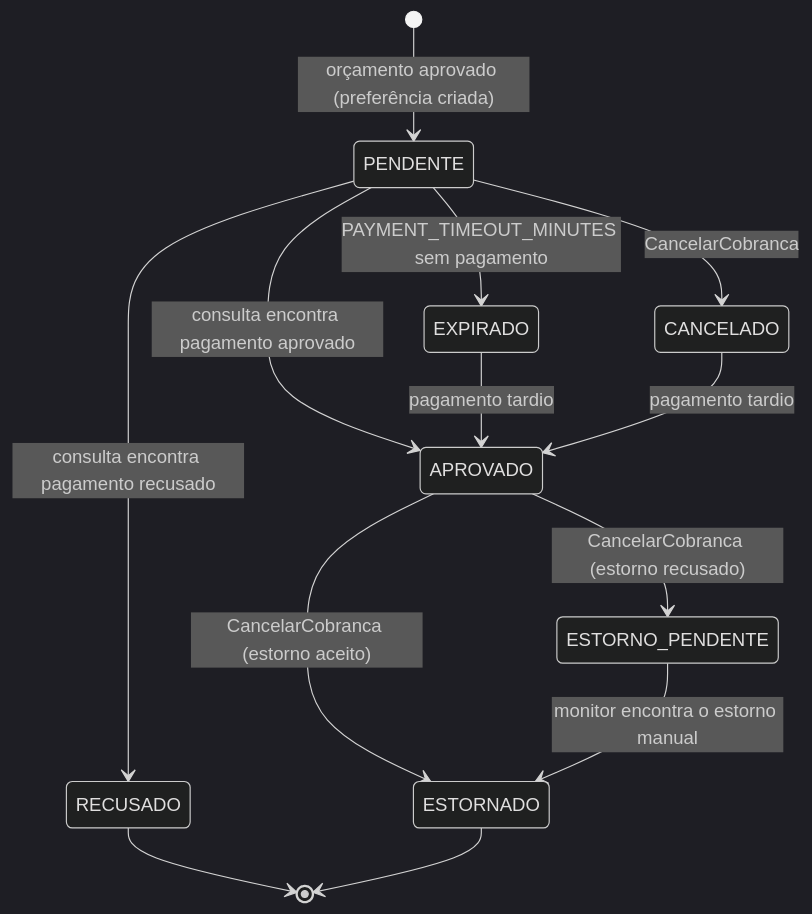
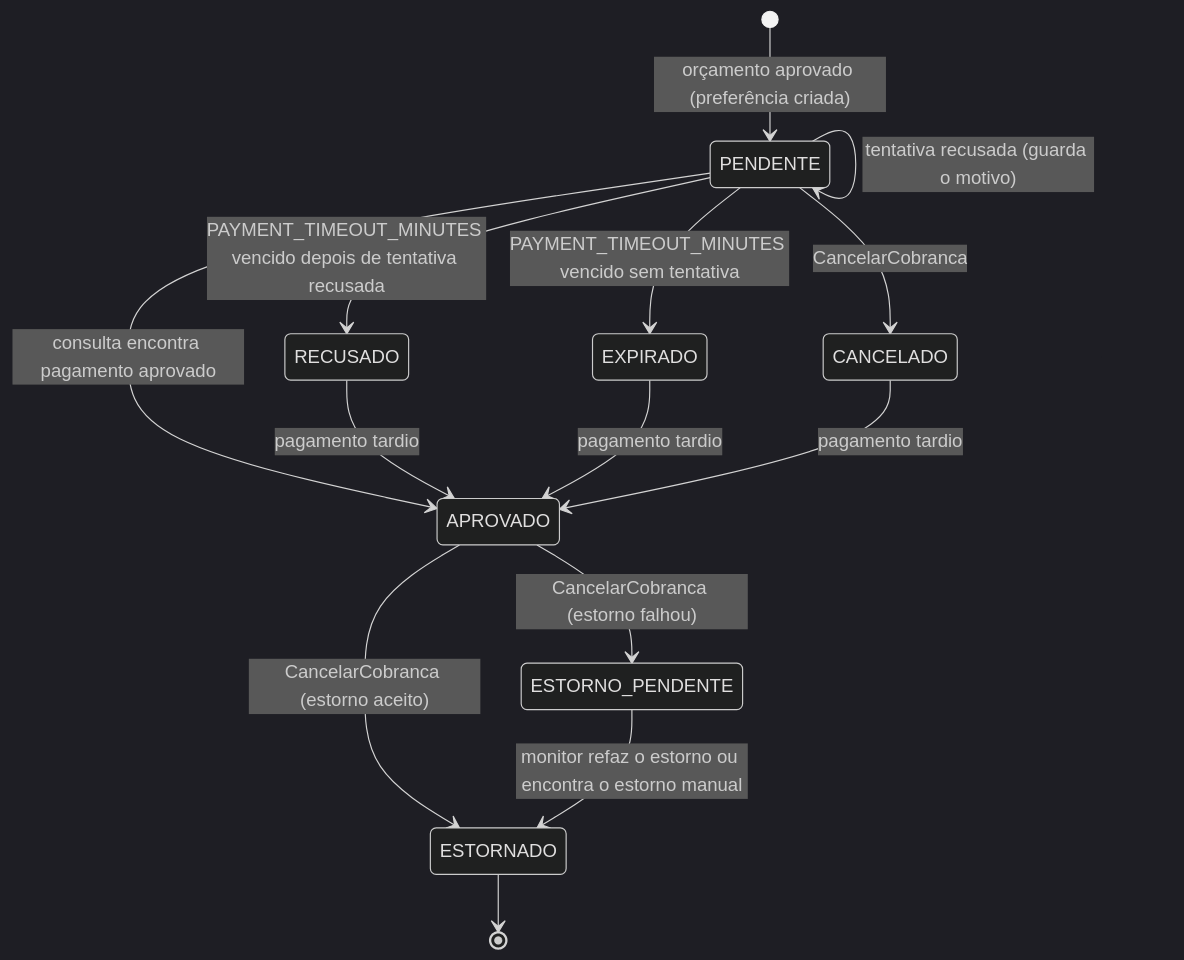
One commit to Figueiraa/autogiro-billing-service changed the third of 3 diagrams in docs/arquitetura.md. Above: the diagram before and after it, drawn with Mermaid (dark theme). The commit also changed other lines of this file and 21 other files, not shown here.

First line of the commit message:
fix: recusa não encerra o pagamento e estorno temporário é refeito

````diff
--- a/docs/arquitetura.md
+++ b/docs/arquitetura.md
@@ -158,15 +159,16 @@
 ```mermaid
 stateDiagram-v2
     [*] --> PENDENTE: orçamento aprovado (preferência criada)
+    PENDENTE --> PENDENTE: tentativa recusada (guarda o motivo)
     PENDENTE --> APROVADO: consulta encontra pagamento aprovado
-    PENDENTE --> RECUSADO: consulta encontra pagamento recusado
-    PENDENTE --> EXPIRADO: PAYMENT_TIMEOUT_MINUTES sem pagamento
+    PENDENTE --> RECUSADO: PAYMENT_TIMEOUT_MINUTES vencido depois de tentativa recusada
+    PENDENTE --> EXPIRADO: PAYMENT_TIMEOUT_MINUTES vencido sem tentativa
     PENDENTE --> CANCELADO: CancelarCobranca
+    RECUSADO --> APROVADO: pagamento tardio
     EXPIRADO --> APROVADO: pagamento tardio
     CANCELADO --> APROVADO: pagamento tardio
     APROVADO --> ESTORNADO: CancelarCobranca (estorno aceito)
-    APROVADO --> ESTORNO_PENDENTE: CancelarCobranca (estorno recusado)
-    ESTORNO_PENDENTE --> ESTORNADO: monitor encontra o estorno manual
-    RECUSADO --> [*]
+    APROVADO --> ESTORNO_PENDENTE: CancelarCobranca (estorno falhou)
+    ESTORNO_PENDENTE --> ESTORNADO: monitor refaz o estorno ou encontra o estorno manual
     ESTORNADO --> [*]
 ```
````
